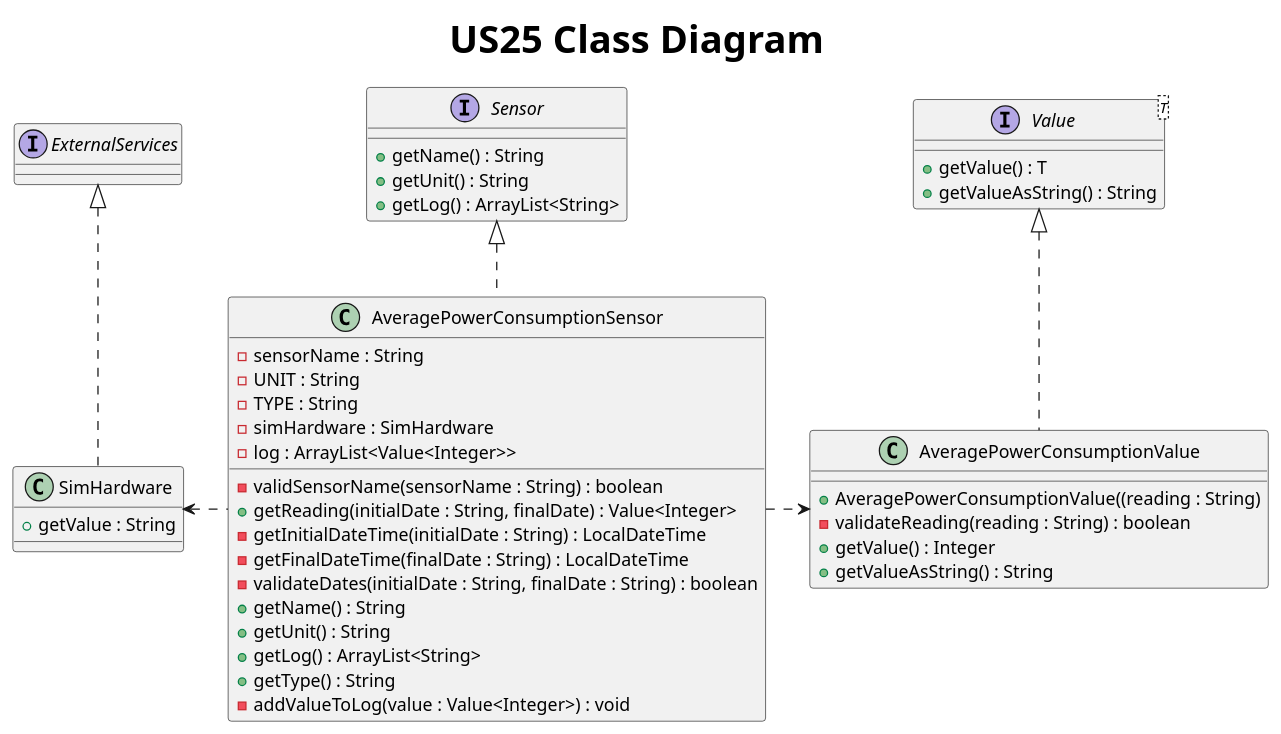
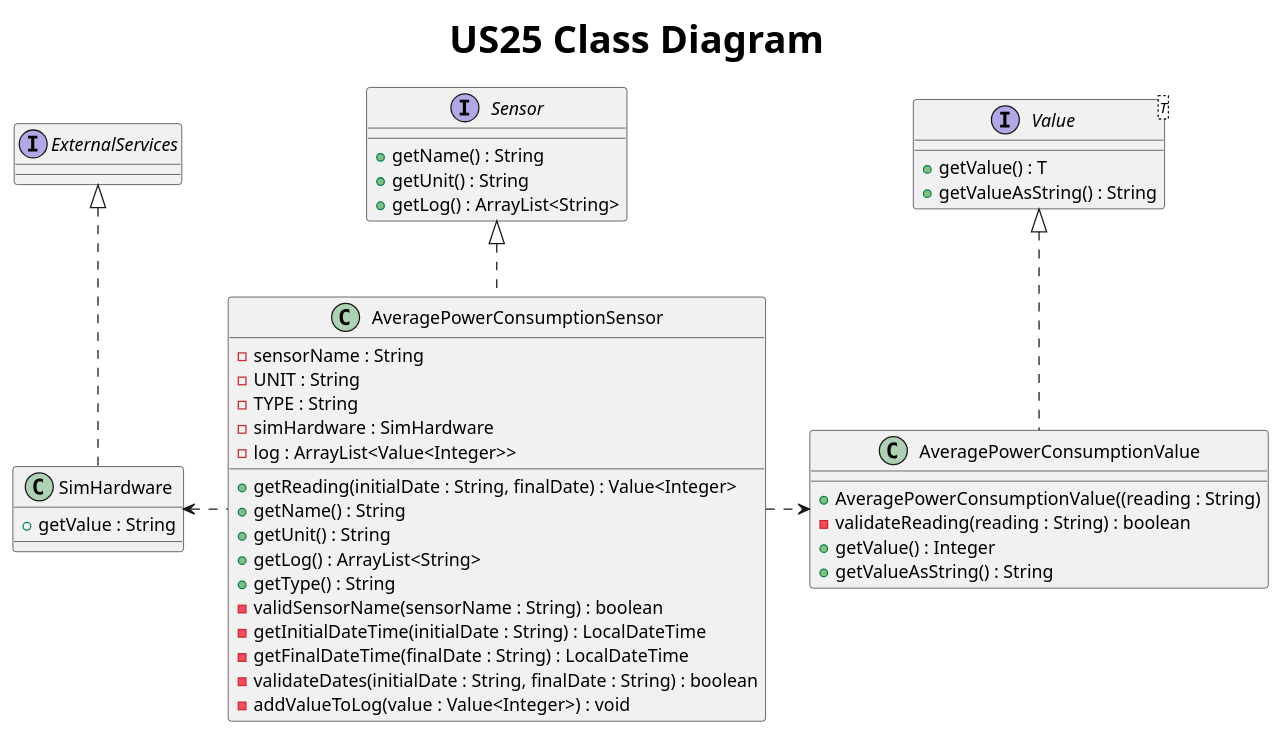
The diagram in Docs/US25/S3US25ClassDiagram.puml (AfonsoNeves77/smartHouse), drawn with PlantUML before and after one commit. The commit also changed other lines of this file and 2 other files, not shown here.

Commit message:
Team review: small corrections to sensor class diagrams.

```diff
--- a/Docs/US25/S3US25ClassDiagram.puml
+++ b/Docs/US25/S3US25ClassDiagram.puml
@@ -1,54 +1,54 @@
 @startuml
 title <size: 30> US25 Class Diagram
 
 interface Sensor {
     + getName() : String
     + getUnit() : String
     + getLog() : ArrayList<String>
 }
 
 interface Value<T> {
     + getValue() : T
     + getValueAsString() : String
 }
 
 interface ExternalServices {
 
 }
 
 class AveragePowerConsumptionSensor{
     - sensorName : String
     - UNIT : String
     - TYPE : String
     - simHardware : SimHardware
     - log : ArrayList<Value<Integer>>
 
-    - validSensorName(sensorName : String) : boolean
     + getReading(initialDate : String, finalDate) : Value<Integer>
-    - getInitialDateTime(initialDate : String) : LocalDateTime
-    - getFinalDateTime(finalDate : String) : LocalDateTime
-    - validateDates(initialDate : String, finalDate : String) : boolean
     + getName() : String
     + getUnit() : String
     + getLog() : ArrayList<String>
     + getType() : String
+    - validSensorName(sensorName : String) : boolean
+    - getInitialDateTime(initialDate : String) : LocalDateTime
+    - getFinalDateTime(finalDate : String) : LocalDateTime
+    - validateDates(initialDate : String, finalDate : String) : boolean
     - addValueToLog(value : Value<Integer>) : void
 }
 
 class AveragePowerConsumptionValue {
     + AveragePowerConsumptionValue((reading : String)
     - validateReading(reading : String) : boolean
     + getValue() : Integer
     + getValueAsString() : String
 }
 
 class SimHardware{
     + getValue : String
 }
 
 Value <|.. AveragePowerConsumptionValue
 Sensor <|.. AveragePowerConsumptionSensor
 ExternalServices <|.. SimHardware
 AveragePowerConsumptionSensor .right.> AveragePowerConsumptionValue
 AveragePowerConsumptionSensor .left.> SimHardware
 @enduml
```
